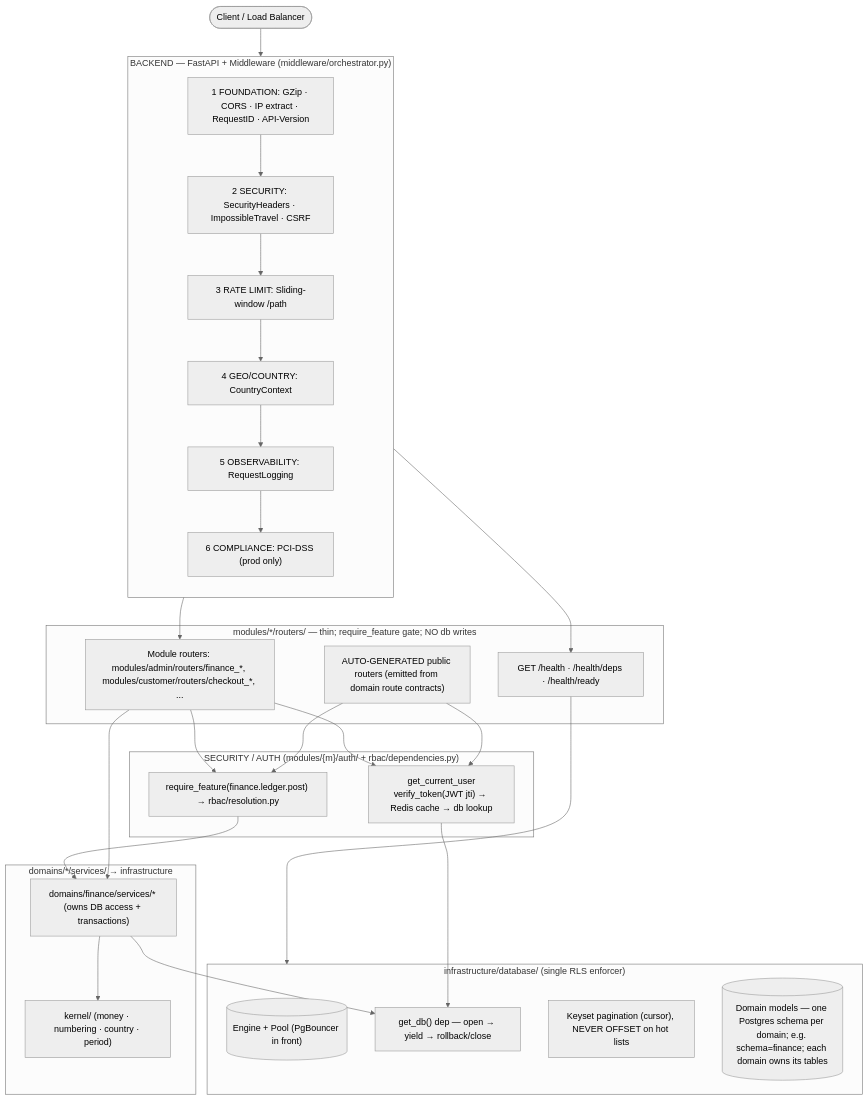
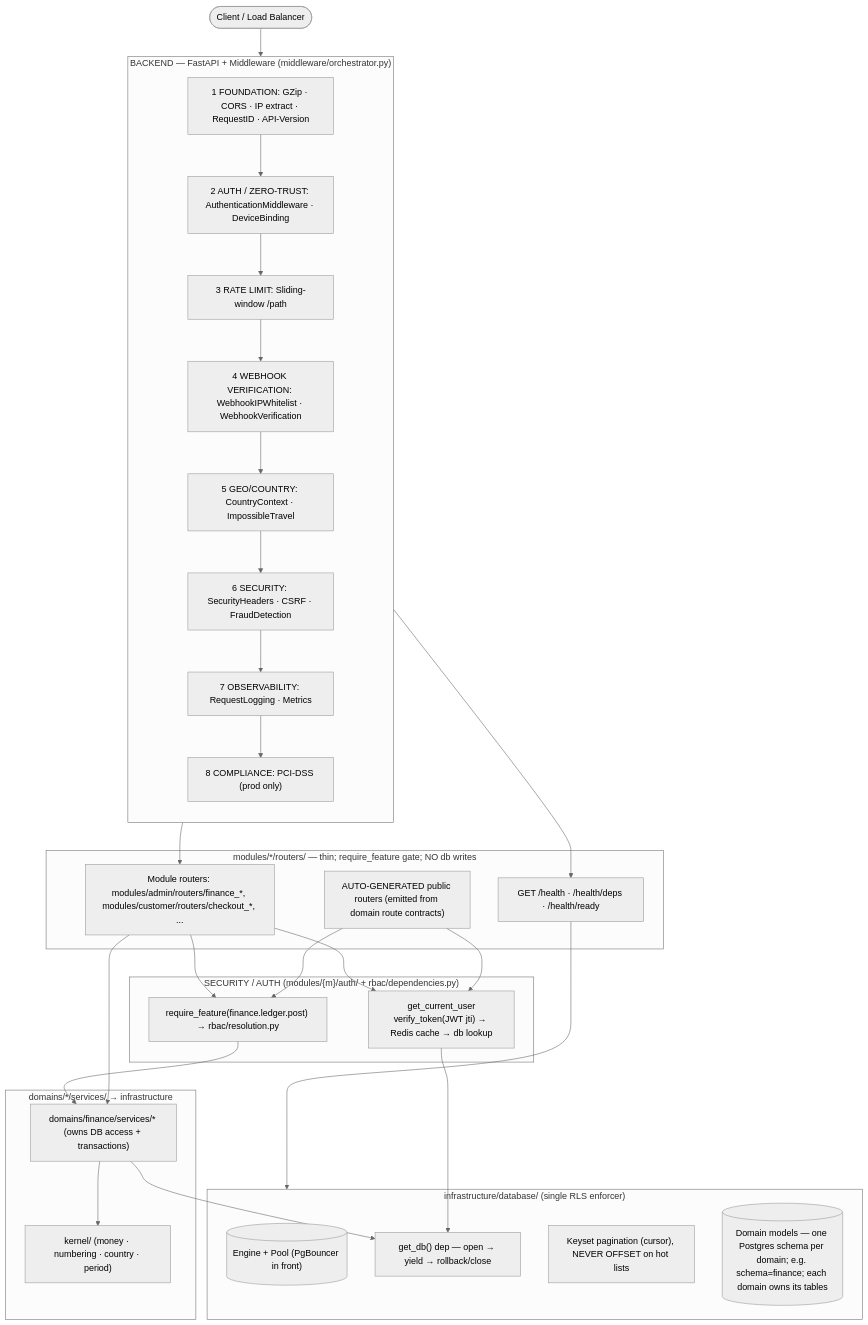
Before and after one commit to Makfuncky/zozi: the second of 5 diagrams in ARCHITECTURE_DIAGRAM.md, drawn with Mermaid (neutral theme). The commit also changed other lines of this file and 709 other files, not shown here.

Commit message:
new_architecture_02-28-08-2026

````diff
--- a/ARCHITECTURE_DIAGRAM.md
+++ b/ARCHITECTURE_DIAGRAM.md
@@ -374,46 +378,48 @@
 ```mermaid
 flowchart TD
     Client([Client / Load Balancer])
     subgraph BE["BACKEND — FastAPI + Middleware (middleware/orchestrator.py)"]
         direction TB
         L1["1 FOUNDATION: GZip · CORS · IP extract · RequestID · API-Version"]
-        L2["2 SECURITY: SecurityHeaders · ImpossibleTravel · CSRF"]
+        L2["2 AUTH / ZERO-TRUST: AuthenticationMiddleware · DeviceBinding"]
         L3["3 RATE LIMIT: Sliding-window /path"]
-        L4["4 GEO/COUNTRY: CountryContext"]
-        L5["5 OBSERVABILITY: RequestLogging"]
-        L6["6 COMPLIANCE: PCI-DSS (prod only)"]
-        L1 --> L2 --> L3 --> L4 --> L5 --> L6
+        L4["4 WEBHOOK VERIFICATION: WebhookIPWhitelist · WebhookVerification"]
+        L5["5 GEO/COUNTRY: CountryContext · ImpossibleTravel"]
+        L6["6 SECURITY: SecurityHeaders · CSRF · FraudDetection"]
+        L7["7 OBSERVABILITY: RequestLogging · Metrics"]
+        L8["8 COMPLIANCE: PCI-DSS (prod only)"]
+        L1 --> L2 --> L3 --> L4 --> L5 --> L6 --> L7 --> L8
     end
     subgraph MOD["modules/*/routers/ — thin; require_feature gate; NO db writes"]
         H["GET /health · /health/deps · /health/ready"]
         R["Module routers: modules/admin/routers/finance_*, modules/customer/routers/checkout_*, ..."]
         G["AUTO-GENERATED public routers (emitted from domain route contracts)"]
     end
     subgraph SEC["SECURITY / AUTH (modules/{m}/auth/ + rbac/dependencies.py)"]
         AUTH["get_current_user<br/>verify_token(JWT jti) → Redis cache → db lookup"]
         FEAT["require_feature(finance.ledger.post) → rbac/resolution.py"]
     end
     subgraph SVC["domains/*/services/ → infrastructure"]
         S["domains/finance/services/* (owns DB access + transactions)"]
         K["kernel/ (money · numbering · country · period)"]
     end
     subgraph DBL["infrastructure/database/ (single RLS enforcer)"]
         POOL[("Engine + Pool (PgBouncer in front)")]
         GETDB["get_db() dep — open → yield → rollback/close"]
         KEYS["Keyset pagination (cursor), NEVER OFFSET on hot lists"]
         MODELS[("Domain models — one Postgres schema per domain; e.g. schema=finance; each domain owns its tables")]
     end
     Client --> L1
     L6 --> H
     L6 --> R
     H --> DBL
     R --> AUTH
     R --> FEAT
     G --> AUTH
     G --> FEAT
     AUTH --> GETDB
     FEAT --> S
     R --> S
     S --> K
     S --> GETDB
 ```
````
